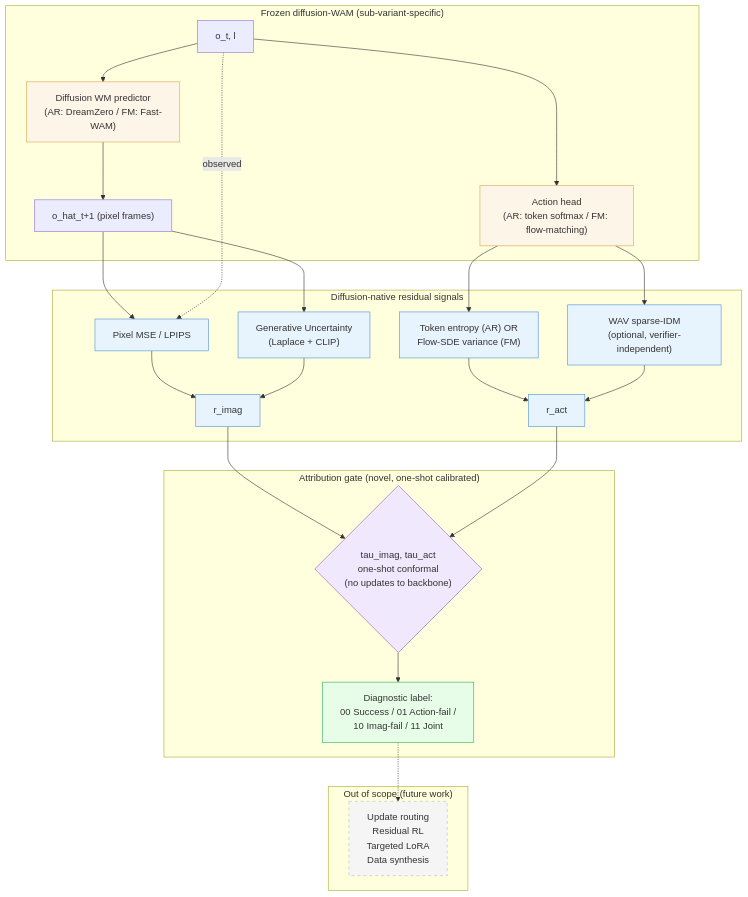
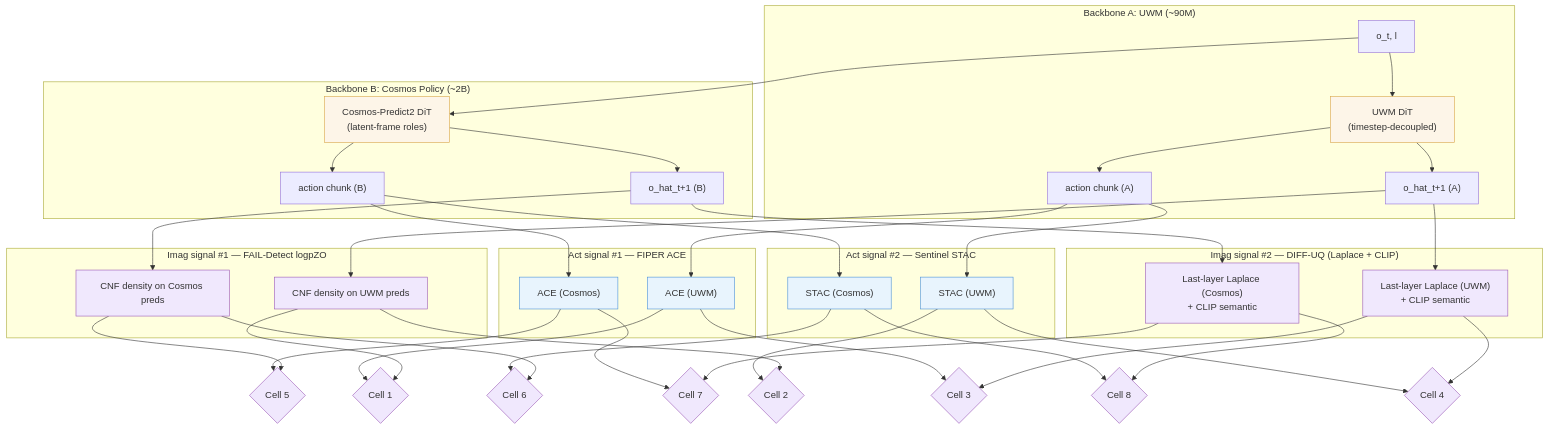
The diagram in _Projects_/01_FirstPublication_2/02_Self-Discovering-WAM-Roadmap.md (ChuaHanChong/ResearchBrain), drawn with Mermaid before and after one commit. The commit also changed other lines of this file and 4 other files, not shown here.

````diff
--- a/_Projects_/01_FirstPublication_2/02_Self-Discovering-WAM-Roadmap.md
+++ b/_Projects_/01_FirstPublication_2/02_Self-Discovering-WAM-Roadmap.md
@@ -118,41 +131,60 @@
 ```mermaid
 graph TD
-    subgraph "Frozen diffusion-WAM (sub-variant-specific)"
-        OBS["o_t, l"] --> WM["Diffusion WM predictor<br/>(AR: DreamZero / FM: Fast-WAM)"]
-        OBS --> POL["Action head<br/>(AR: token softmax / FM: flow-matching)"]
-        WM --> PRED["o_hat_t+1 (pixel frames)"]
+    OBS["o_t, l"]
+
+    subgraph "Backbone A: UWM (~90M)"
+        OBS --> UWM["UWM DiT<br/>(timestep-decoupled)"]
+        UWM --> OHAT_A["o_hat_t+1 (A)"]
+        UWM --> ACHUNK_A["action chunk (A)"]
     end
 
-    subgraph "Diffusion-native residual signals"
-        PRED --> PMSE["Pixel MSE / LPIPS"]
-        PRED --> GU["Generative Uncertainty<br/>(Laplace + CLIP)"]
-        PMSE --> RI["r_imag"]
-        GU --> RI
-        OBS -.->|"observed"| PMSE
-        POL --> ENT["Token entropy (AR) OR<br/>Flow-SDE variance (FM)"]
-        POL --> WAV["WAV sparse-IDM<br/>(optional, verifier-independent)"]
-        ENT --> RA["r_act"]
-        WAV --> RA
+    subgraph "Backbone B: Cosmos Policy (~2B)"
+        OBS --> COS["Cosmos-Predict2 DiT<br/>(latent-frame roles)"]
+        COS --> OHAT_B["o_hat_t+1 (B)"]
+        COS --> ACHUNK_B["action chunk (B)"]
     end
 
-    subgraph "Attribution gate (novel, one-shot calibrated)"
-        RI --> GATE{"tau_imag, tau_act<br/>one-shot conformal<br/>(no updates to backbone)"}
-        RA --> GATE
-        GATE --> LABEL["Diagnostic label:<br/>00 Success / 01 Action-fail /<br/>10 Imag-fail / 11 Joint"]
+    subgraph "Imag signal #1 — FAIL-Detect logpZO"
+        OHAT_A --> LPZ_A["CNF density on UWM preds"]
+        OHAT_B --> LPZ_B["CNF density on Cosmos preds"]
     end
 
-    subgraph "Out of scope (future work)"
-        LABEL -.-> FW["Update routing<br/>Residual RL<br/>Targeted LoRA<br/>Data synthesis"]
+    subgraph "Imag signal #2 — DIFF-UQ (Laplace + CLIP)"
+        OHAT_A --> DUQ_A["Last-layer Laplace (UWM)<br/>+ CLIP semantic"]
+        OHAT_B --> DUQ_B["Last-layer Laplace (Cosmos)<br/>+ CLIP semantic"]
     end
+
+    subgraph "Act signal #1 — FIPER ACE"
+        ACHUNK_A --> ACE_A["ACE (UWM)"]
+        ACHUNK_B --> ACE_B["ACE (Cosmos)"]
+    end
+
+    subgraph "Act signal #2 — Sentinel STAC"
+        ACHUNK_A --> STAC_A["STAC (UWM)"]
+        ACHUNK_B --> STAC_B["STAC (Cosmos)"]
+    end
+
+    LPZ_A --> C1{Cell 1}
+    ACE_A --> C1
+    LPZ_A --> C2{Cell 2}
+    STAC_A --> C2
+    DUQ_A --> C3{Cell 3}
+    ACE_A --> C3
+    DUQ_A --> C4{Cell 4}
+    STAC_A --> C4
+    LPZ_B --> C5{Cell 5}
+    ACE_B --> C5
+    LPZ_B --> C6{Cell 6}
+    STAC_B --> C6
+    DUQ_B --> C7{Cell 7}
+    ACE_B --> C7
+    DUQ_B --> C8{Cell 8}
+    STAC_B --> C8
 
     classDef novel fill:#f0e8fd,stroke:#9b59b6
     classDef signal fill:#e8f4fd,stroke:#4a90d9
-    classDef output fill:#e8fde8,stroke:#27ae60
     classDef slot fill:#fdf5e8,stroke:#d9a64a
-    classDef future fill:#f5f5f5,stroke:#bbb,stroke-dasharray: 5 5
-    class GATE novel
-    class RI,RA,PMSE,GU,ENT,WAV signal
-    class LABEL output
-    class WM,POL slot
-    class FW future
+    class C1,C2,C3,C4,C5,C6,C7,C8,LPZ_A,LPZ_B,DUQ_A,DUQ_B novel
+    class ACE_A,ACE_B,STAC_A,STAC_B signal
+    class UWM,COS slot
 ```
````
